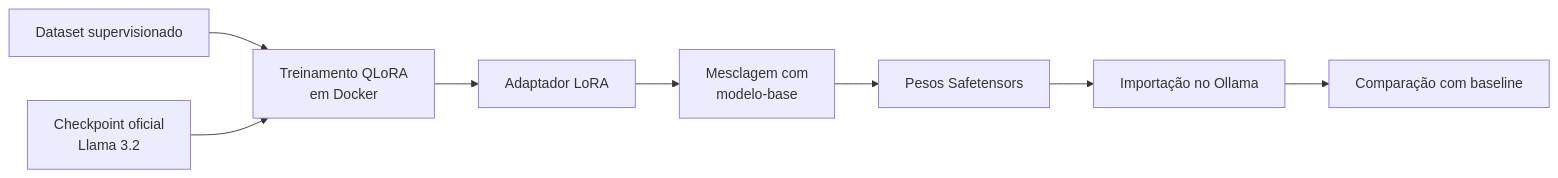
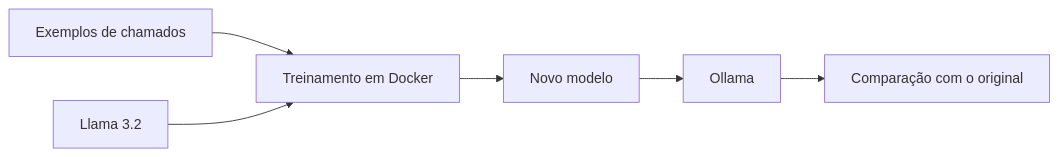
The first of 2 diagrams in docs/encontros/encontro-15.md (luciano-alexandre/topicos-avancados), drawn with Mermaid before and after one commit. The commit also changed other lines of this file, not shown here.

````diff
--- a/docs/encontros/encontro-15.md
+++ b/docs/encontros/encontro-15.md
@@ -251,10 +37,8 @@
 ```mermaid
 flowchart LR
-    D[Dataset supervisionado] --> T[Treinamento QLoRA<br/>em Docker]
-    B[Checkpoint oficial<br/>Llama 3.2] --> T
-    T --> A[Adaptador LoRA]
-    A --> M[Mesclagem com<br/>modelo-base]
-    M --> S[Pesos Safetensors]
-    S --> O[Importação no Ollama]
-    O --> C[Comparação com baseline]
+    D[Exemplos de chamados] --> T[Treinamento em Docker]
+    L[Llama 3.2] --> T
+    T --> N[Novo modelo]
+    N --> O[Ollama]
+    O --> C[Comparação com o original]
 ```
````
